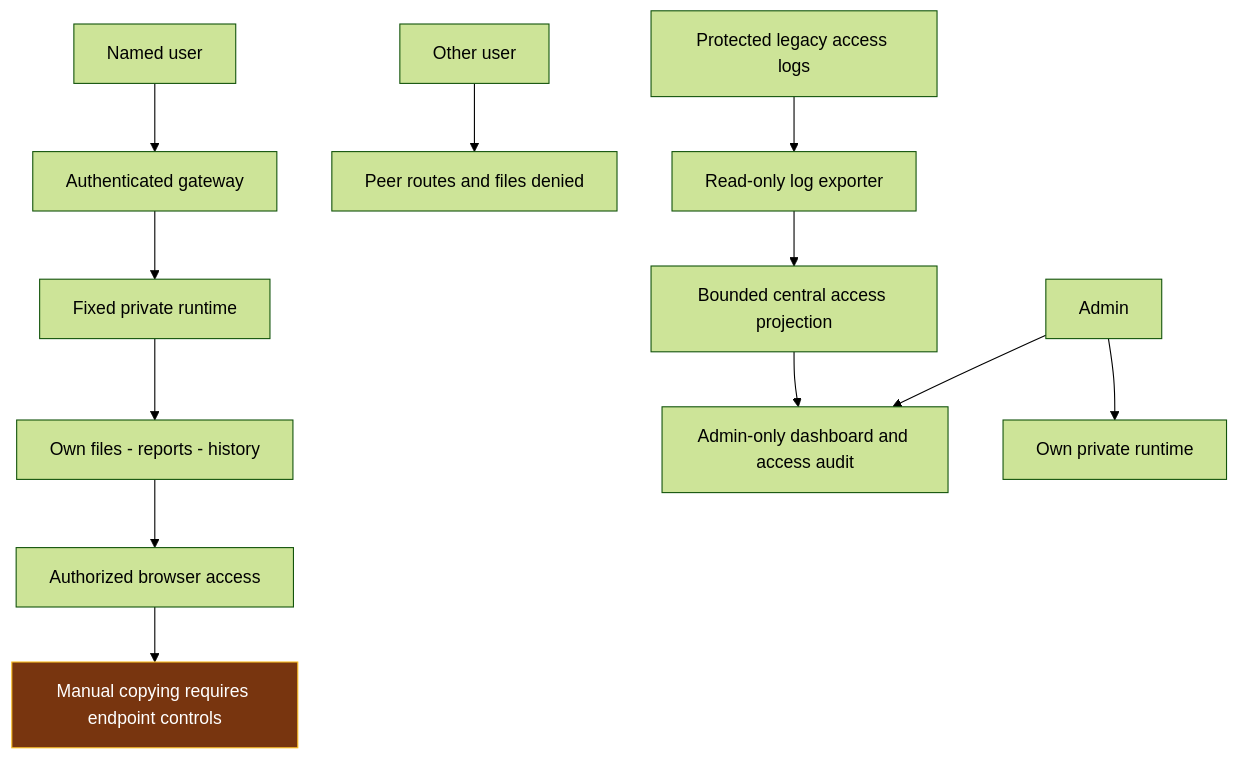
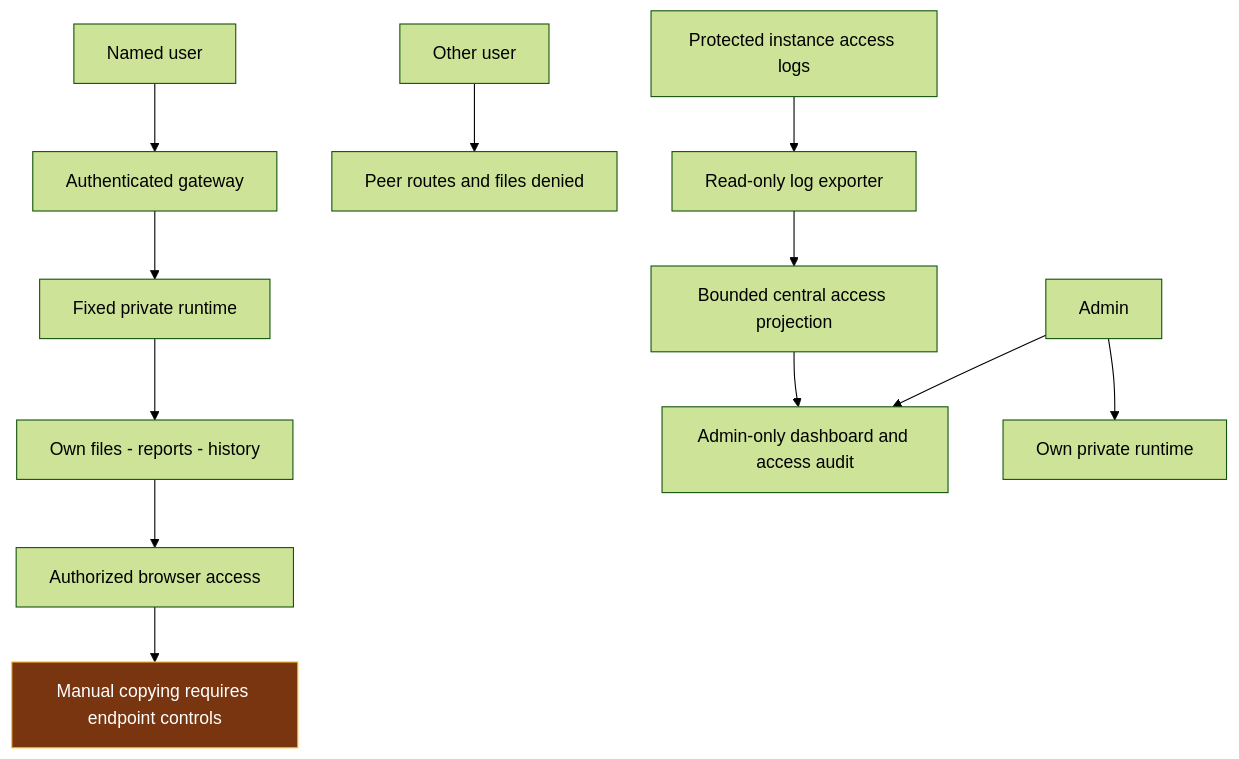
One commit to skunpoj/dsh_setup changed the third of 4 diagrams in docs/DSH_PLATFORM_GUIDE.md. Above: the diagram before and after it, drawn with Mermaid (forest theme). The commit also changed other lines of this file and 8 other files, not shown here.

````diff
--- a/docs/DSH_PLATFORM_GUIDE.md
+++ b/docs/DSH_PLATFORM_GUIDE.md
@@ -127,16 +127,16 @@
 ```mermaid
 flowchart TB
  U[Named user] --> G[Authenticated gateway]
  G --> R[Fixed private runtime]
  R --> F[Own files - reports - history]
  X[Other user] --> N[Peer routes and files denied]
  A[Admin] --> D[Admin-only dashboard and access audit]
  A --> P[Own private runtime]
- LA[Protected legacy access logs] --> EX[Read-only log exporter]
+ LA[Protected instance access logs] --> EX[Read-only log exporter]
  EX --> CP[Bounded central access projection]
  CP --> D
  F --> B[Authorized browser access]
  B --> E[Manual copying requires endpoint controls]
  classDef boundary fill:#78350f,stroke:#fbbf24,color:#ffffff
  class E boundary
 ```
````
